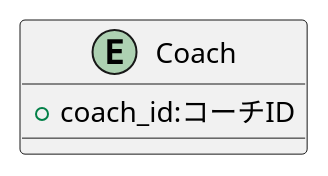
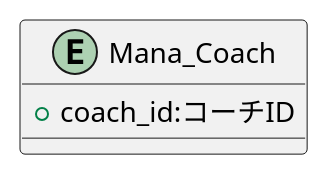
The diagram in Entity/Mana_Coach.pu (popoposorara/ERP_ER), drawn with PlantUML before and after one commit. The commit also changed 30 other files, not shown here.

```diff
--- a/Entity/Mana_Coach.pu
+++ b/Entity/Mana_Coach.pu
@@ -1,7 +1,7 @@
 @startuml
 
-entity "Coach" {
+entity "Mana_Coach" {
     + coach_id:コーチID
 }
 
 @enduml
```
